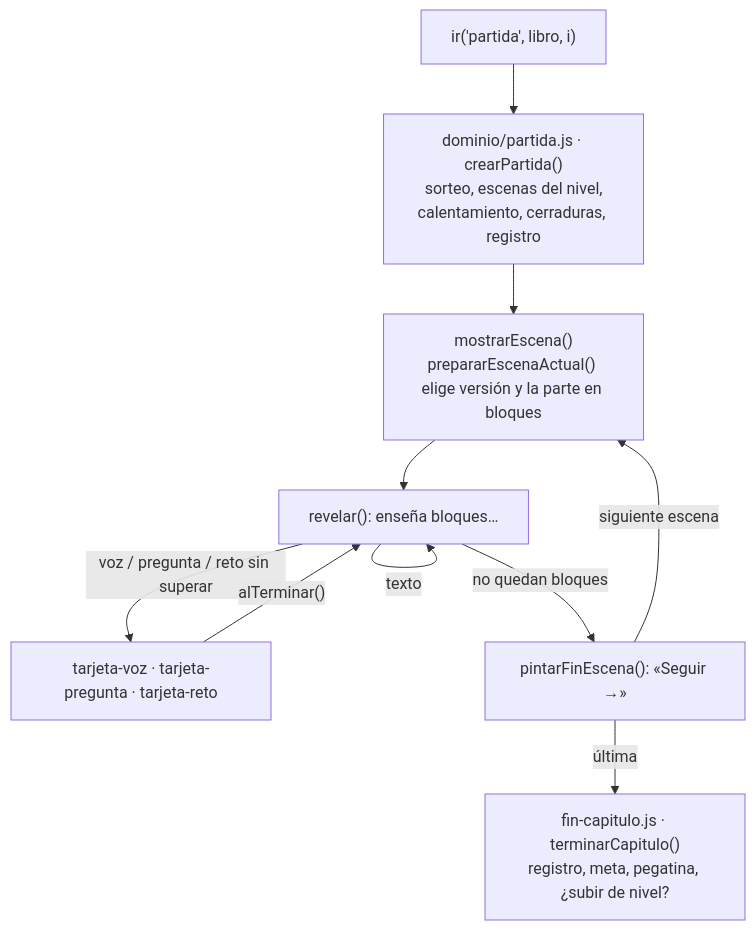
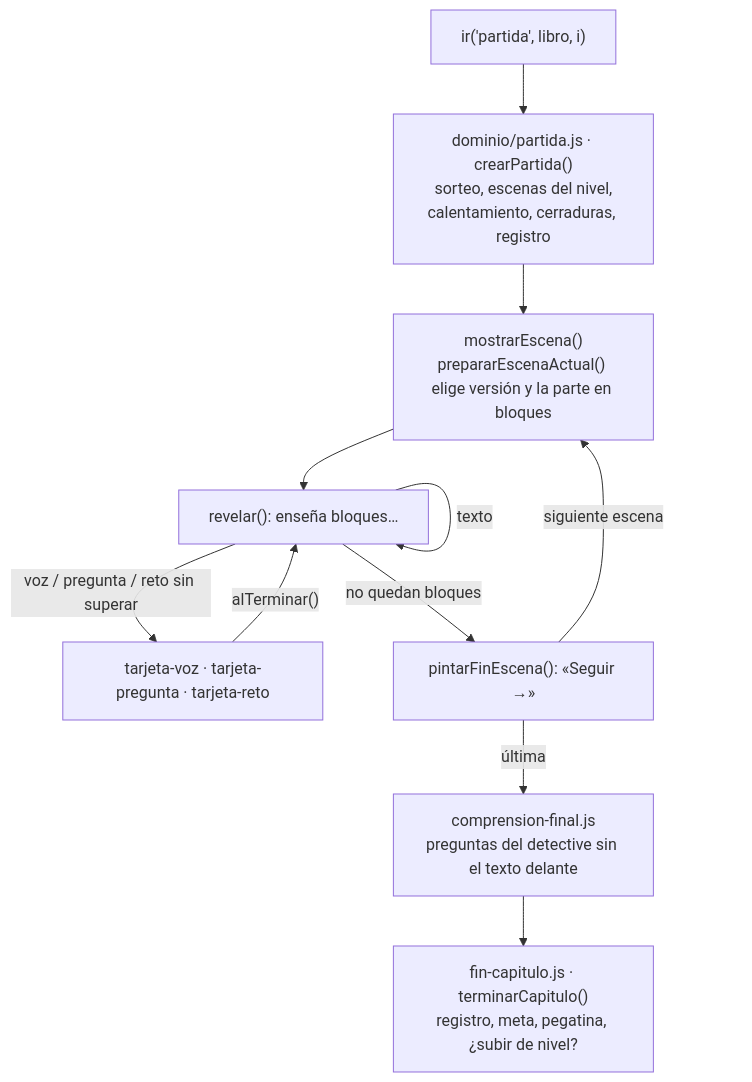
One commit to serbenda/story-reader changed the fourth of 4 diagrams in docs/ARQUITECTURA.md. Above: the diagram before and after it, drawn with Mermaid. The commit also changed other lines of this file and 47 other files, not shown here.

````diff
--- a/docs/ARQUITECTURA.md
+++ b/docs/ARQUITECTURA.md
@@ -213,12 +215,13 @@
 ```mermaid
 flowchart TD
   ir["ir('partida', libro, i)"] --> crear["dominio/partida.js · crearPartida()<br/>sorteo, escenas del nivel,<br/>calentamiento, cerraduras, registro"]
   crear --> escena["mostrarEscena()<br/>prepararEscenaActual() elige versión y la parte en bloques"]
   escena --> revelar["revelar(): enseña bloques…"]
   revelar -->|"texto"| revelar
   revelar -->|"voz / pregunta / reto sin superar"| tarjeta["tarjeta-voz · tarjeta-pregunta · tarjeta-reto"]
   tarjeta -->|"alTerminar()"| revelar
   revelar -->|"no quedan bloques"| fin["pintarFinEscena(): «Seguir →»"]
   fin -->|"siguiente escena"| escena
-  fin -->|"última"| terminar["fin-capitulo.js · terminarCapitulo()<br/>registro, meta, pegatina, ¿subir de nivel?"]
+  fin -->|"última"| comp["comprension-final.js<br/>preguntas del detective sin el texto delante"]
+  comp --> terminar["fin-capitulo.js · terminarCapitulo()<br/>registro, meta, pegatina, ¿subir de nivel?"]
 ```
````
